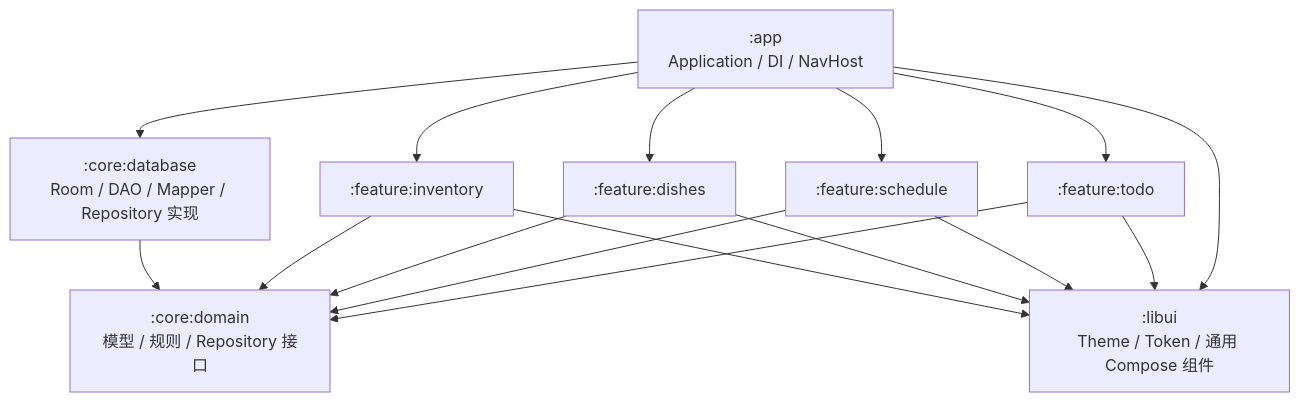
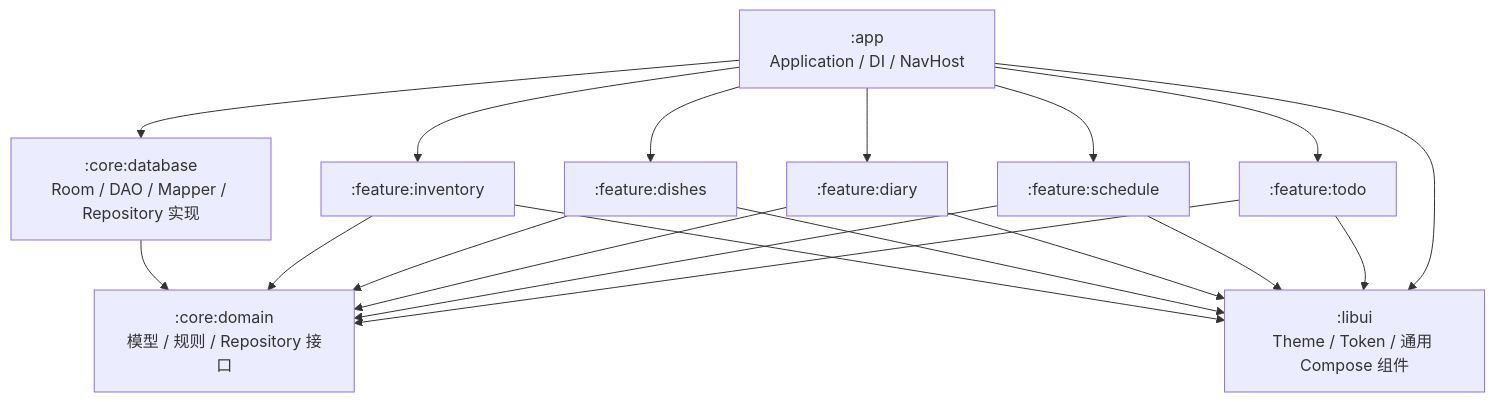
One commit to Juliano114514/lifeplanner changed the diagram in README.md. Above: the diagram before and after it, drawn with Mermaid. The commit also changed other lines of this file and 2 other files, not shown here.

````diff
--- a/README.md
+++ b/README.md
@@ -29,30 +30,34 @@
 ```mermaid
 flowchart TB
     App[":app<br/>Application / DI / NavHost"]
     Todo[":feature:todo"]
     Schedule[":feature:schedule"]
+    Diary[":feature:diary"]
     Dishes[":feature:dishes"]
     Inventory[":feature:inventory"]
     Domain[":core:domain<br/>模型 / 规则 / Repository 接口"]
     Database[":core:database<br/>Room / DAO / Mapper / Repository 实现"]
     UI[":libui<br/>Theme / Token / 通用 Compose 组件"]
 
     App --> Todo
     App --> Schedule
+    App --> Diary
     App --> Dishes
     App --> Inventory
     App --> Database
     App --> UI
 
     Todo --> Domain
     Schedule --> Domain
+    Diary --> Domain
     Dishes --> Domain
     Inventory --> Domain
 
     Todo --> UI
     Schedule --> UI
+    Diary --> UI
     Dishes --> UI
     Inventory --> UI
 
     Database --> Domain
 ```
````
